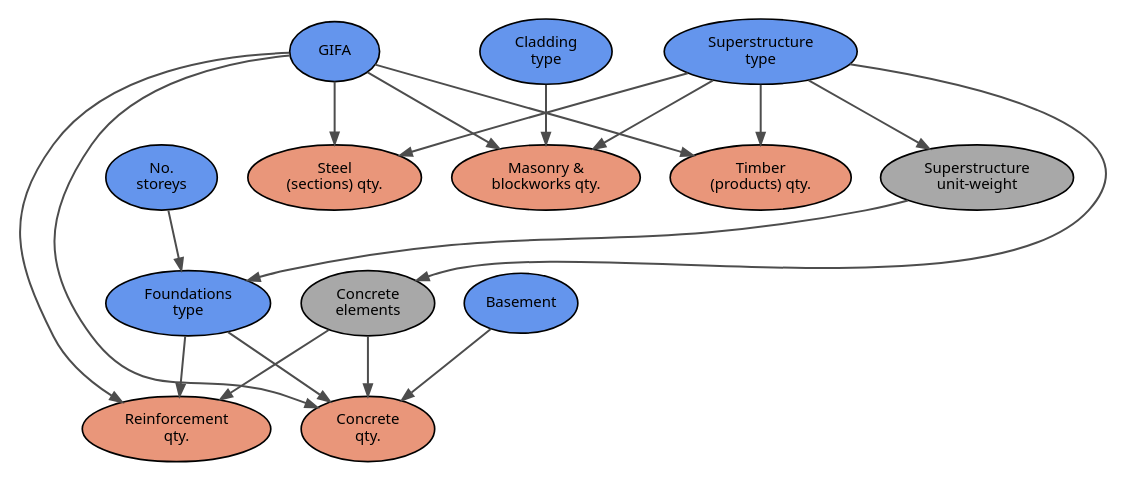
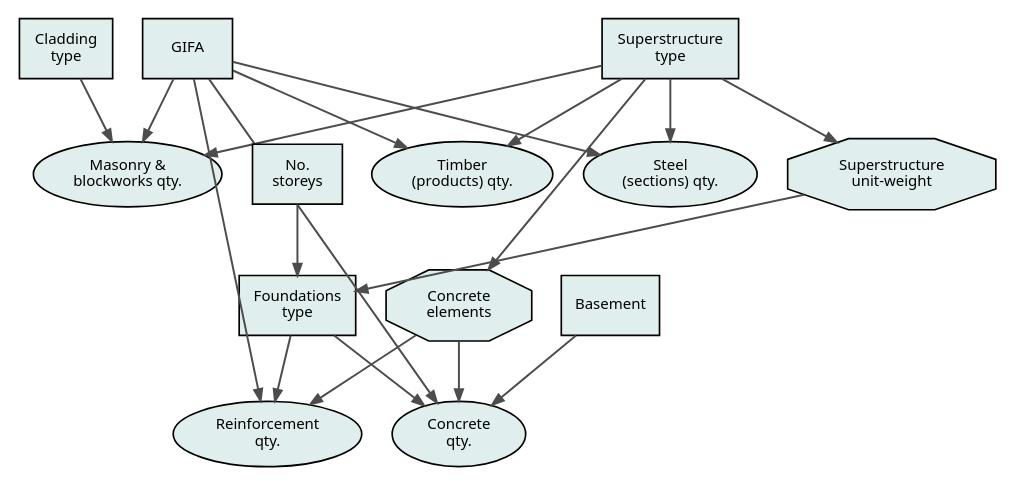
Before and after one commit to bernardinodamico/Probabilistic_carbon_building_structures: the diagram in DAG_Script/DAG.gv, drawn with Graphviz. The commit also changed 6 other files, not shown here.

```diff
--- a/DAG_Script/DAG.gv
+++ b/DAG_Script/DAG.gv
@@ -1,89 +1,86 @@
 digraph G {
-	graph [mindist=0.1,
-		oneblock=true,
-		splines=true
+	graph [pack=true,
+		splines=false
 	];
-	node [concentrate=true,
-		fillcolor=darksalmon,
+	node [fillcolor=azure2,
 		fontname=Sans,
 		fontsize=9,
 		penwidth=1,
-		shape=oval,
+		rank=sink,
+		shape=octagon,
 		style=filled
 	];
 	edge [arrowhead=normal,
 		arrowsize=0.7,
 		color=gray30,
 		penwidth=1.2
 	];
-	"Superstructure 
-unit-weight"	[concentrate="",
-		fillcolor=gray66];
-	"Foundations 
-type"	[fillcolor=cornflowerblue,
-		penwidth=1.];
-	"Superstructure 
-unit-weight" -> "Foundations 
-type";
-	"Concrete 
-elements"	[concentrate="",
-		fillcolor=gray66];
-	"Concrete 
-elements" -> "Concrete 
-qty.";
-	"Concrete 
-elements" -> "Reinforcement 
-qty.";
 	"Cladding 
-type"	[fillcolor=cornflowerblue,
-		penwidth=1.];
+type"	[shape=box];
+	"Masonry & 
+blockworks qty."	[shape=oval];
 	"Cladding 
 type" -> "Masonry & 
 blockworks qty."	[minlen=1];
 	"Superstructure 
-type"	[fillcolor=cornflowerblue,
-		penwidth=1.];
-	"Superstructure 
-type" -> "Superstructure 
-unit-weight";
-	"Superstructure 
-type" -> "Concrete 
-elements";
+type"	[shape=box];
+	"Timber 
+(products) qty."	[shape=oval];
 	"Superstructure 
 type" -> "Timber 
 (products) qty.";
+	"Steel 
+(sections) qty."	[shape=oval];
 	"Superstructure 
 type" -> "Steel 
 (sections) qty.";
 	"Superstructure 
 type" -> "Masonry & 
 blockworks qty.";
-	GIFA	[fillcolor=cornflowerblue,
-		penwidth=1.];
-	GIFA -> "Concrete 
-qty.";
+	"Superstructure 
+type" -> "Concrete 
+elements";
+	"Superstructure 
+type" -> "Superstructure 
+unit-weight";
+	GIFA	[shape=box];
 	GIFA -> "Timber 
 (products) qty.";
 	GIFA -> "Steel 
 (sections) qty.";
+	GIFA -> "Masonry & 
+blockworks qty.";
+	"Reinforcement 
+qty."	[shape=oval];
 	GIFA -> "Reinforcement 
 qty.";
-	GIFA -> "Masonry & 
-blockworks qty.";
+	"Concrete 
+qty."	[shape=oval];
+	GIFA -> "Concrete 
+qty.";
 	"No. 
-storeys"	[fillcolor=cornflowerblue,
-		penwidth=1.];
+storeys"	[shape=box];
+	"Foundations 
+type"	[shape=box];
 	"No. 
 storeys" -> "Foundations 
 type"	[minlen=1];
-	Basement	[fillcolor=cornflowerblue,
-		penwidth=1.];
+	Basement	[shape=box];
 	Basement -> "Concrete 
 qty."	[minlen=1];
 	"Foundations 
+type" -> "Reinforcement 
+qty.";
+	"Foundations 
 type" -> "Concrete 
 qty.";
-	"Foundations 
-type" -> "Reinforcement 
+	"Concrete 
+elements" -> "Reinforcement 
 qty.";
+	"Concrete 
+elements" -> "Concrete 
+qty.";
+	"Superstructure 
+unit-weight" -> "Foundations 
+type";
 }
```
